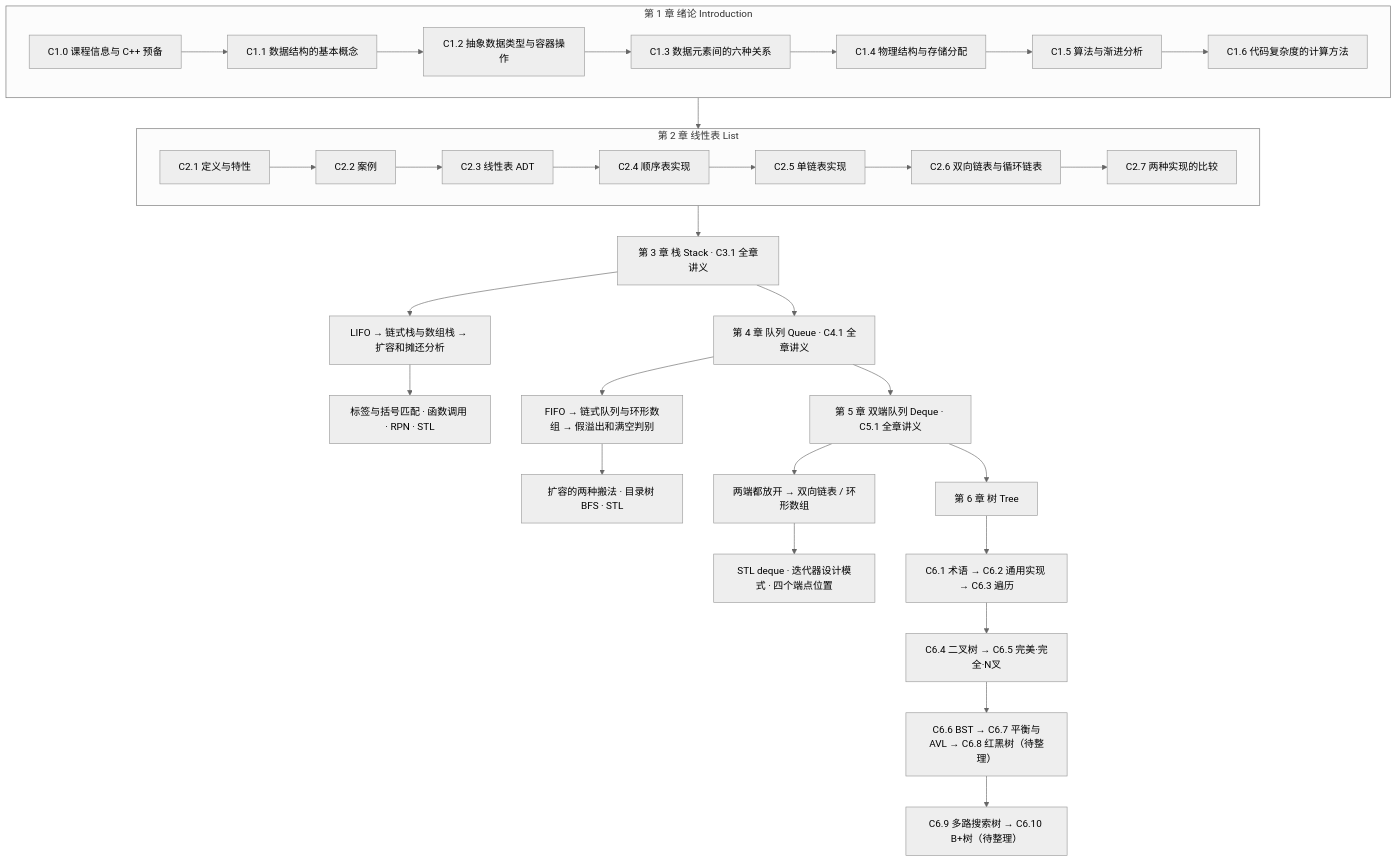
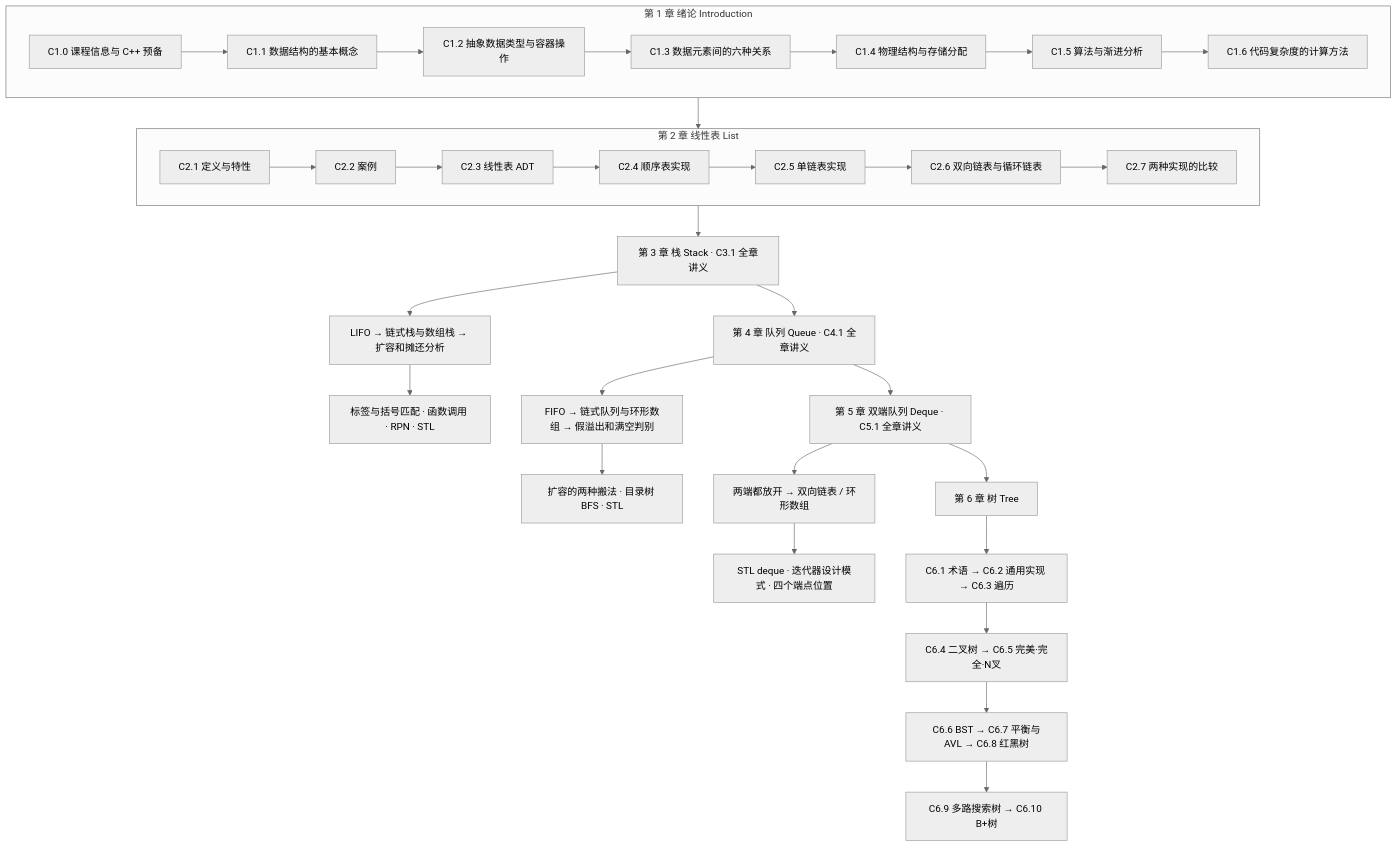
Before and after one commit to KayeAdams515/ClaudeNotes: the diagram in 数据结构/数据结构 MOC.md, drawn with Mermaid (neutral theme). The commit also changed other lines of this file and 169 other files, not shown here.

````diff
--- a/数据结构/数据结构 MOC.md
+++ b/数据结构/数据结构 MOC.md
@@ -26,38 +26,38 @@
 ```mermaid
 flowchart TB
   subgraph CH1["第 1 章 绪论 Introduction"]
     A0["C1.0 课程信息与 C++ 预备"]
     A1["C1.1 数据结构的基本概念"]
     A2["C1.2 抽象数据类型与容器操作"]
     A3["C1.3 数据元素间的六种关系"]
     A4["C1.4 物理结构与存储分配"]
     A5["C1.5 算法与渐进分析"]
     A6["C1.6 代码复杂度的计算方法"]
     A0-->A1-->A2-->A3-->A4-->A5-->A6
   end
   subgraph CH2["第 2 章 线性表 List"]
     B1["C2.1 定义与特性"]
     B2["C2.2 案例"]
     B3["C2.3 线性表 ADT"]
     B4["C2.4 顺序表实现"]
     B5["C2.5 单链表实现"]
     B6["C2.6 双向链表与循环链表"]
     B7["C2.7 两种实现的比较"]
     B1-->B2-->B3-->B4-->B5-->B6-->B7
   end
   CH1 --> CH2
   CH2 --> CH3["第 3 章 栈 Stack · C3.1 全章讲义"]
   CH3 --> S1["LIFO → 链式栈与数组栈 → 扩容和摊还分析"]
   S1 --> S2["标签与括号匹配 · 函数调用 · RPN · STL"]
   CH3 --> CH4["第 4 章 队列 Queue · C4.1 全章讲义"]
   CH4 --> Q1["FIFO → 链式队列与环形数组 → 假溢出和满空判别"]
   Q1 --> Q2["扩容的两种搬法 · 目录树 BFS · STL"]
   CH4 --> CH5["第 5 章 双端队列 Deque · C5.1 全章讲义"]
   CH5 --> D1["两端都放开 → 双向链表 / 环形数组"]
   D1 --> D2["STL deque · 迭代器设计模式 · 四个端点位置"]
   CH5 --> CH6["第 6 章 树 Tree"]
   CH6 --> T1["C6.1 术语 → C6.2 通用实现 → C6.3 遍历"]
   T1 --> T2["C6.4 二叉树 → C6.5 完美·完全·N叉"]
-  T2 --> T3["C6.6 BST → C6.7 平衡与AVL → C6.8 红黑树（待整理）"]
-  T3 --> T4["C6.9 多路搜索树 → C6.10 B+树（待整理）"]
+  T2 --> T3["C6.6 BST → C6.7 平衡与AVL → C6.8 红黑树"]
+  T3 --> T4["C6.9 多路搜索树 → C6.10 B+树"]
 ```
````
